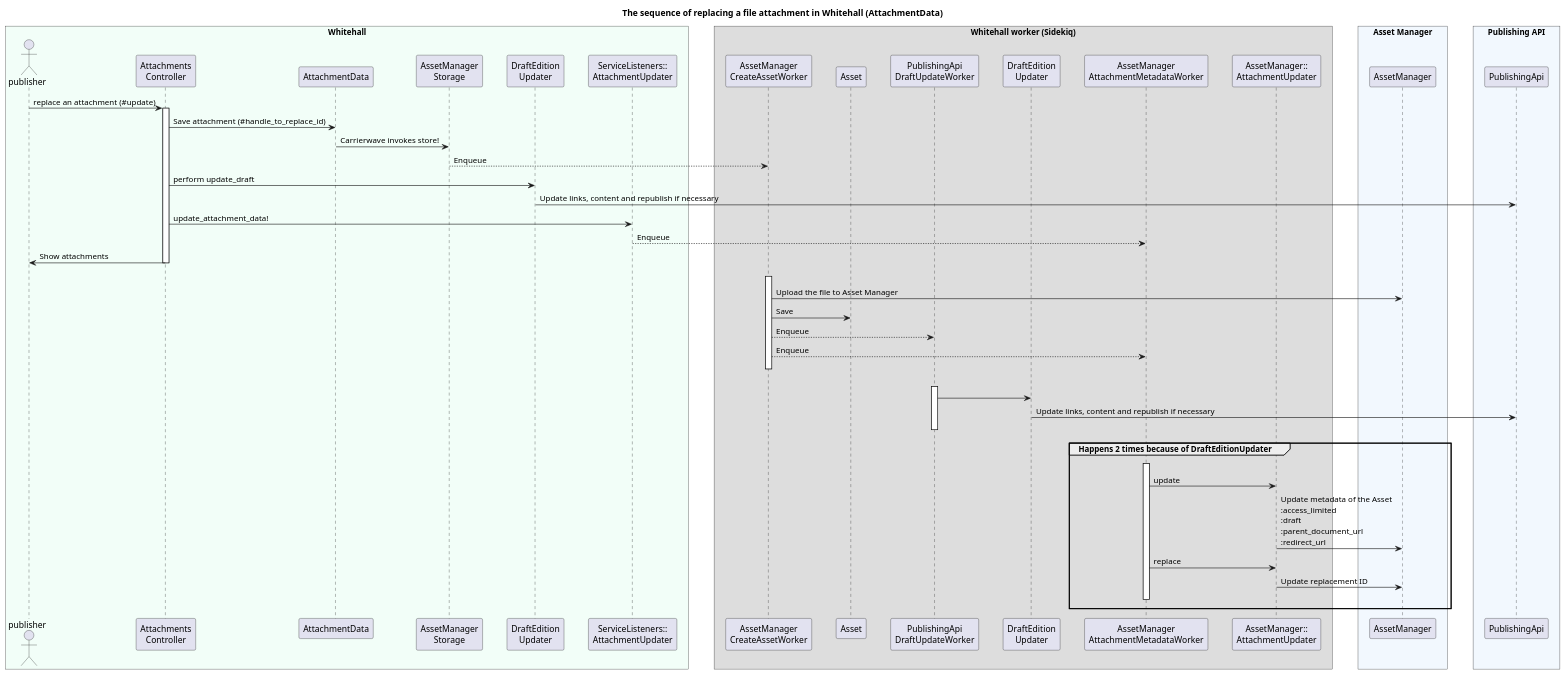
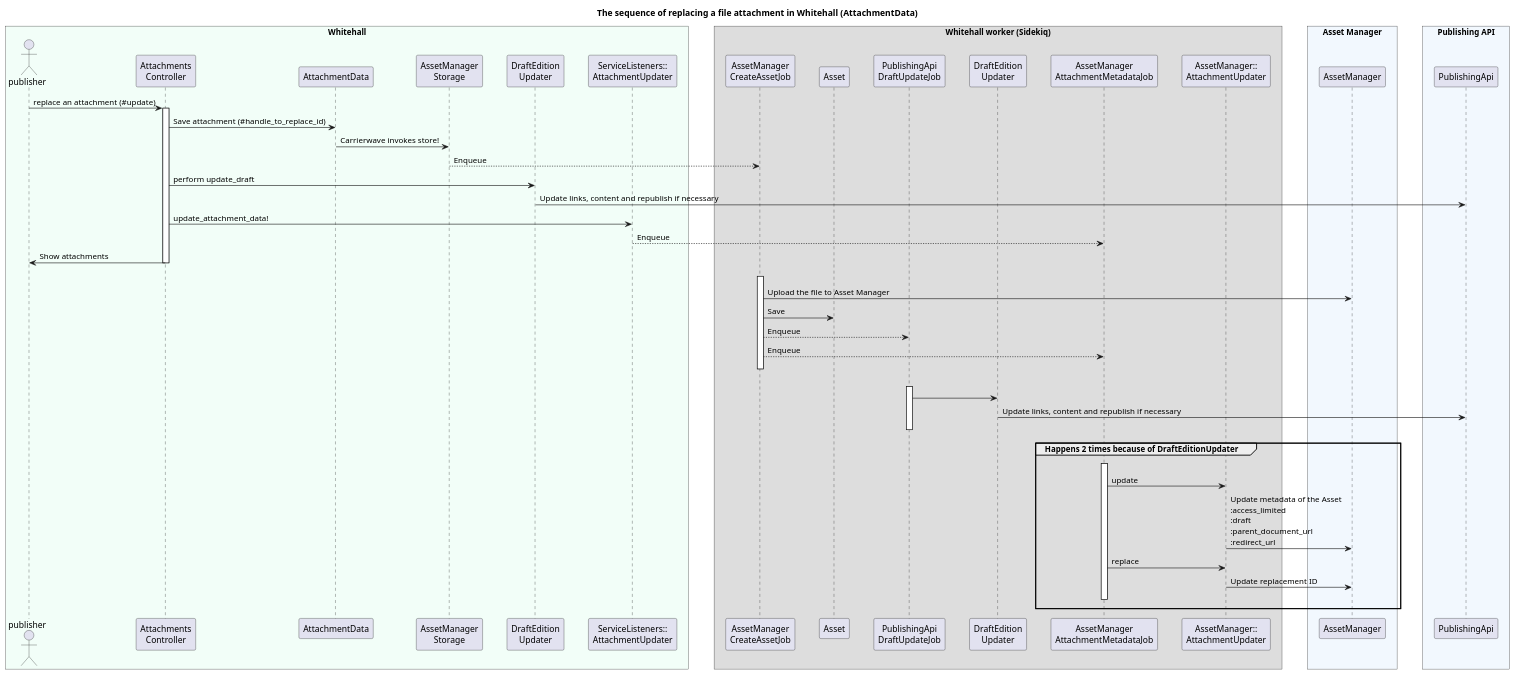
The diagram in docs/diagrams/asset_attachment_replacement_flow.puml (alphagov/whitehall), drawn with PlantUML before and after one commit. The commit also changed 16 other files, not shown here.

Commit message:
Update readmes and diagrams to use new job names

```diff
--- a/docs/diagrams/asset_attachment_replacement_flow.puml
+++ b/docs/diagrams/asset_attachment_replacement_flow.puml
@@ -1,64 +1,64 @@
 @startuml asset_attachment_replacement_flow
 
 title The sequence of replacing a file attachment in Whitehall (AttachmentData)
 skinparam BoxPadding 20
 skinparam ParticipantPadding 15
 
 box "Whitehall" #f2fef8
 actor publisher
 participant "Attachments\nController" as Controller
 participant AttachmentData
 participant "AssetManager\nStorage" as AssetManagerStorage
 participant "DraftEdition\nUpdater" as DraftEditionUpdater
 participant "ServiceListeners::\nAttachmentUpdater" as slAttachmentUpdater
 end box
 
 box Whitehall worker (Sidekiq)
-participant "AssetManager\nCreateAssetWorker" as AssetManagerCreateAssetWorker
+participant "AssetManager\nCreateAssetJob" as AssetManagerCreateAssetJob
 participant Asset
-participant "PublishingApi\nDraftUpdateWorker" as PublishingApiDraftUpdateWorker
+participant "PublishingApi\nDraftUpdateJob" as PublishingApiDraftUpdateJob
 participant "DraftEdition\nUpdater" as bgDraftEditionUpdater
-participant "AssetManager\nAttachmentMetadataWorker" as AssetManagerAttachmentMetadataWorker
+participant "AssetManager\nAttachmentMetadataJob" as AssetManagerAttachmentMetadataJob
 participant "AssetManager::\nAttachmentUpdater" as amAttachmentUpdater
 end box
 
 box "Asset Manager" #f2f8fe
 participant AssetManager
 end box
 
 box "Publishing API" #f2f8fe
 participant PublishingApi
 end box
 
 publisher -> Controller++ : replace an attachment (#update)
 Controller -> AttachmentData : Save attachment (#handle_to_replace_id)
 AttachmentData -> AssetManagerStorage : Carrierwave invokes store!
-AssetManagerStorage --> AssetManagerCreateAssetWorker : Enqueue
+AssetManagerStorage --> AssetManagerCreateAssetJob : Enqueue
 Controller -> DraftEditionUpdater : perform update_draft
 DraftEditionUpdater -> PublishingApi : Update links, content and republish if necessary
 Controller -> slAttachmentUpdater : update_attachment_data!
-slAttachmentUpdater --> AssetManagerAttachmentMetadataWorker: Enqueue
+slAttachmentUpdater --> AssetManagerAttachmentMetadataJob: Enqueue
 Controller -> publisher-- : Show attachments
 
-AssetManagerCreateAssetWorker -[hidden]> AssetManagerCreateAssetWorker++
-AssetManagerCreateAssetWorker -> AssetManager : Upload the file to Asset Manager
-AssetManagerCreateAssetWorker -> Asset: Save
-AssetManagerCreateAssetWorker --> PublishingApiDraftUpdateWorker : Enqueue
-AssetManagerCreateAssetWorker --> AssetManagerAttachmentMetadataWorker : Enqueue
-AssetManagerCreateAssetWorker -[hidden]> AssetManagerCreateAssetWorker--
+AssetManagerCreateAssetJob -[hidden]> AssetManagerCreateAssetJob++
+AssetManagerCreateAssetJob -> AssetManager : Upload the file to Asset Manager
+AssetManagerCreateAssetJob -> Asset: Save
+AssetManagerCreateAssetJob --> PublishingApiDraftUpdateJob : Enqueue
+AssetManagerCreateAssetJob --> AssetManagerAttachmentMetadataJob : Enqueue
+AssetManagerCreateAssetJob -[hidden]> AssetManagerCreateAssetJob--
 
-PublishingApiDraftUpdateWorker -[hidden]> PublishingApiDraftUpdateWorker++
-PublishingApiDraftUpdateWorker -> bgDraftEditionUpdater
+PublishingApiDraftUpdateJob -[hidden]> PublishingApiDraftUpdateJob++
+PublishingApiDraftUpdateJob -> bgDraftEditionUpdater
 bgDraftEditionUpdater -> PublishingApi : Update links, content and republish if necessary
-PublishingApiDraftUpdateWorker -[hidden]> PublishingApiDraftUpdateWorker--
+PublishingApiDraftUpdateJob -[hidden]> PublishingApiDraftUpdateJob--
 
 group Happens 2 times because of DraftEditionUpdater
-  AssetManagerAttachmentMetadataWorker -[hidden]> AssetManagerAttachmentMetadataWorker++
-  AssetManagerAttachmentMetadataWorker -> amAttachmentUpdater : update
+  AssetManagerAttachmentMetadataJob -[hidden]> AssetManagerAttachmentMetadataJob++
+  AssetManagerAttachmentMetadataJob -> amAttachmentUpdater : update
   amAttachmentUpdater -> AssetManager: Update metadata of the Asset\n:access_limited\n:draft\n:parent_document_url\n:redirect_url
-  AssetManagerAttachmentMetadataWorker -> amAttachmentUpdater : replace
+  AssetManagerAttachmentMetadataJob -> amAttachmentUpdater : replace
   amAttachmentUpdater -> AssetManager: Update replacement ID
-  AssetManagerAttachmentMetadataWorker -[hidden]> AssetManagerAttachmentMetadataWorker--
+  AssetManagerAttachmentMetadataJob -[hidden]> AssetManagerAttachmentMetadataJob--
 end group
 
 @enduml
```
